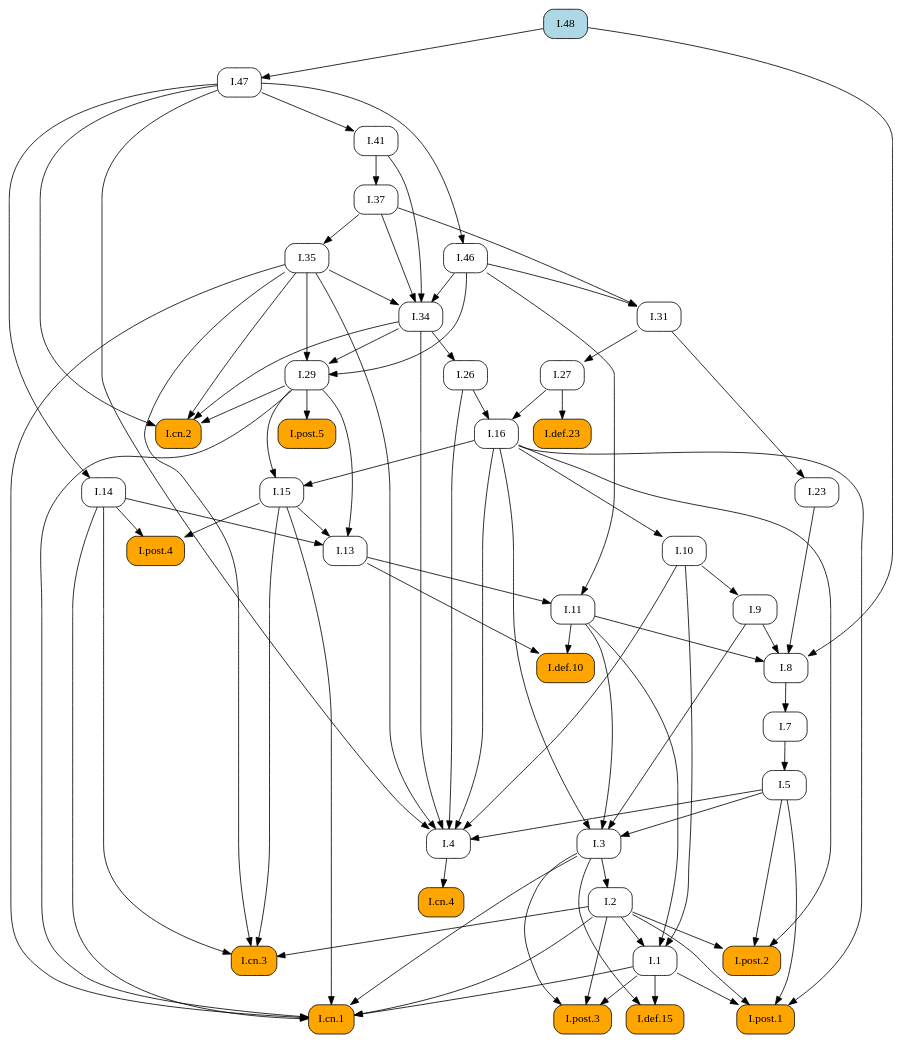
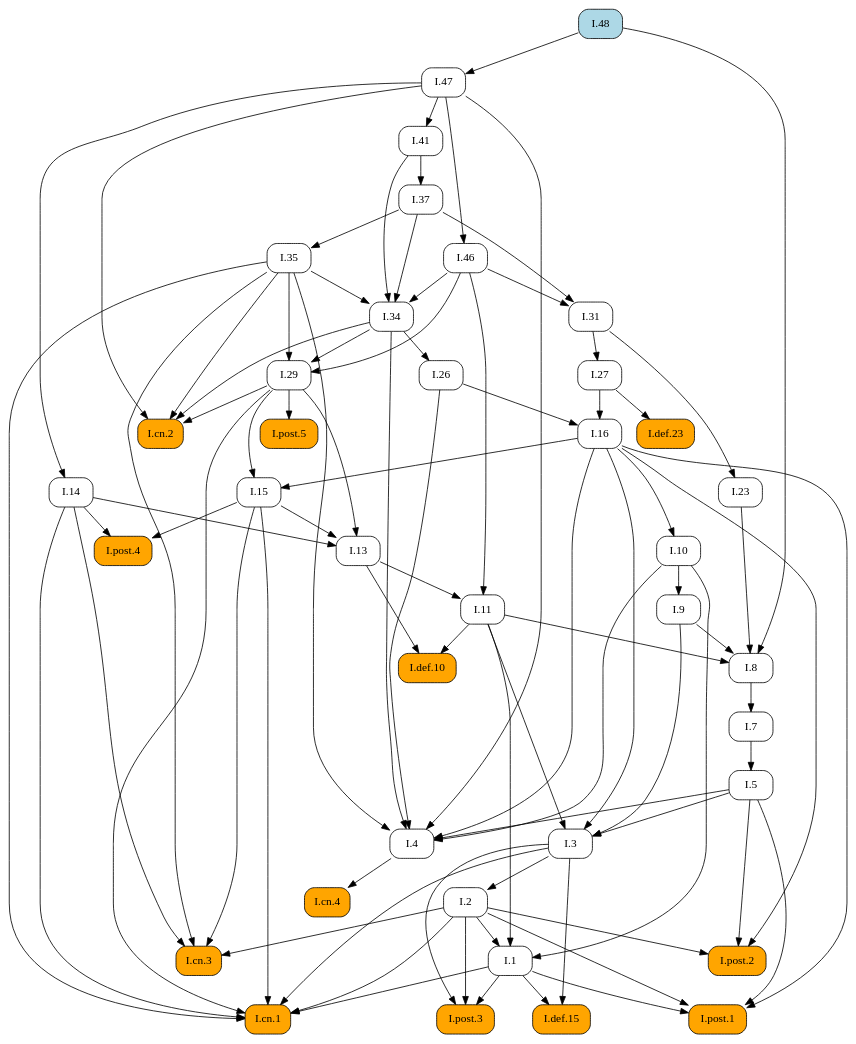
Before and after one commit to geometor/elements: the diagram in docsrc/elements2/I/48/index.rst, drawn with Graphviz. The commit also changed other lines of this file and 171 other files, not shown here.

```diff
--- a/docsrc/elements2/I/48/index.rst
+++ b/docsrc/elements2/I/48/index.rst
@@ -53,76 +53,110 @@
    digraph {
      rankdir="TB";
      node [shape=box, style=rounded];
-     "I.37" [URL="/elements2/I/37/", target="_top"];
-     "I.def.10" [style="rounded,filled", fillcolor=orange, URL="/elements2/I/def.10/", target="_top"];
+     "I.8" [URL="/elements2/I/8/", target="_top"];
      "I.46" [URL="/elements2/I/46/", target="_top"];
      "I.47" [URL="/elements2/I/47/", target="_top"];
+     "I.14" [URL="/elements2/I/14/", target="_top"];
+     "I.post.1" [style="rounded,filled", fillcolor=orange, URL="/elements2/I/post.1/", target="_top"];
+     "I.48" [style="rounded,filled", fillcolor=lightblue, URL="/elements2/I/48/", target="_top"];
+     "I.5" [URL="/elements2/I/5/", target="_top"];
+     "I.post.5" [style="rounded,filled", fillcolor=orange, URL="/elements2/I/post.5/", target="_top"];
+     "I.def.10" [style="rounded,filled", fillcolor=orange, URL="/elements2/I/def.10/", target="_top"];
+     "I.cn.2" [style="rounded,filled", fillcolor=orange, URL="/elements2/I/cn.2/", target="_top"];
+     "I.def.15" [style="rounded,filled", fillcolor=orange, URL="/elements2/I/def.15/", target="_top"];
+     "I.31" [URL="/elements2/I/31/", target="_top"];
+     "I.11" [URL="/elements2/I/11/", target="_top"];
+     "I.3" [URL="/elements2/I/3/", target="_top"];
+     "I.post.2" [style="rounded,filled", fillcolor=orange, URL="/elements2/I/post.2/", target="_top"];
+     "I.def.23" [style="rounded,filled", fillcolor=orange, URL="/elements2/I/def.23/", target="_top"];
+     "I.26" [URL="/elements2/I/26/", target="_top"];
+     "I.cn.3" [style="rounded,filled", fillcolor=orange, URL="/elements2/I/cn.3/", target="_top"];
+     "I.cn.4" [style="rounded,filled", fillcolor=orange, URL="/elements2/I/cn.4/", target="_top"];
+     "I.1" [URL="/elements2/I/1/", target="_top"];
+     "I.7" [URL="/elements2/I/7/", target="_top"];
+     "I.9" [URL="/elements2/I/9/", target="_top"];
+     "I.cn.1" [style="rounded,filled", fillcolor=orange, URL="/elements2/I/cn.1/", target="_top"];
+     "I.29" [URL="/elements2/I/29/", target="_top"];
+     "I.post.4" [style="rounded,filled", fillcolor=orange, URL="/elements2/I/post.4/", target="_top"];
+     "I.16" [URL="/elements2/I/16/", target="_top"];
+     "I.13" [URL="/elements2/I/13/", target="_top"];
+     "I.41" [URL="/elements2/I/41/", target="_top"];
+     "I.35" [URL="/elements2/I/35/", target="_top"];
+     "I.2" [URL="/elements2/I/2/", target="_top"];
+     "I.37" [URL="/elements2/I/37/", target="_top"];
+     "I.27" [URL="/elements2/I/27/", target="_top"];
+     "I.4" [URL="/elements2/I/4/", target="_top"];
+     "I.10" [URL="/elements2/I/10/", target="_top"];
+     "I.15" [URL="/elements2/I/15/", target="_top"];
      "I.34" [URL="/elements2/I/34/", target="_top"];
-     "I.cn.4" [style="rounded,filled", fillcolor=orange, URL="/elements2/I/cn.4/", target="_top"];
-     "I.def.15" [style="rounded,filled", fillcolor=orange, URL="/elements2/I/def.15/", target="_top"];
+     "I.23" [URL="/elements2/I/23/", target="_top"];
      "I.post.3" [style="rounded,filled", fillcolor=orange, URL="/elements2/I/post.3/", target="_top"];
-     "I.41" [URL="/elements2/I/41/", target="_top"];
-     "I.27" [URL="/elements2/I/27/", target="_top"];
-     "I.post.2" [style="rounded,filled", fillcolor=orange, URL="/elements2/I/post.2/", target="_top"];
-     "I.13" [URL="/elements2/I/13/", target="_top"];
-     "I.10" [URL="/elements2/I/10/", target="_top"];
-     "I.post.1" [style="rounded,filled", fillcolor=orange, URL="/elements2/I/post.1/", target="_top"];
-     "I.7" [URL="/elements2/I/7/", target="_top"];
-     "I.14" [URL="/elements2/I/14/", target="_top"];
-     "I.11" [URL="/elements2/I/11/", target="_top"];
-     "I.4" [URL="/elements2/I/4/", target="_top"];
-     "I.16" [URL="/elements2/I/16/", target="_top"];
-     "I.def.23" [style="rounded,filled", fillcolor=orange, URL="/elements2/I/def.23/", target="_top"];
-     "I.9" [URL="/elements2/I/9/", target="_top"];
-     "I.8" [URL="/elements2/I/8/", target="_top"];
-     "I.cn.2" [style="rounded,filled", fillcolor=orange, URL="/elements2/I/cn.2/", target="_top"];
-     "I.15" [URL="/elements2/I/15/", target="_top"];
-     "I.26" [URL="/elements2/I/26/", target="_top"];
-     "I.post.5" [style="rounded,filled", fillcolor=orange, URL="/elements2/I/post.5/", target="_top"];
-     "I.23" [URL="/elements2/I/23/", target="_top"];
-     "I.2" [URL="/elements2/I/2/", target="_top"];
-     "I.1" [URL="/elements2/I/1/", target="_top"];
-     "I.35" [URL="/elements2/I/35/", target="_top"];
-     "I.48" [style="rounded,filled", fillcolor=lightblue, URL="/elements2/I/48/", target="_top"];
-     "I.31" [URL="/elements2/I/31/", target="_top"];
-     "I.post.4" [style="rounded,filled", fillcolor=orange, URL="/elements2/I/post.4/", target="_top"];
-     "I.cn.1" [style="rounded,filled", fillcolor=orange, URL="/elements2/I/cn.1/", target="_top"];
-     "I.3" [URL="/elements2/I/3/", target="_top"];
-     "I.cn.3" [style="rounded,filled", fillcolor=orange, URL="/elements2/I/cn.3/", target="_top"];
-     "I.29" [URL="/elements2/I/29/", target="_top"];
-     "I.5" [URL="/elements2/I/5/", target="_top"];
-     "I.41" -> "I.37";
-     "I.11" -> "I.def.10";
-     "I.13" -> "I.def.10";
+     "I.9" -> "I.8";
+     "I.11" -> "I.8";
+     "I.23" -> "I.8";
+     "I.48" -> "I.8";
      "I.47" -> "I.46";
      "I.48" -> "I.47";
-     "I.35" -> "I.34";
-     "I.37" -> "I.34";
-     "I.41" -> "I.34";
-     "I.46" -> "I.34";
-     "I.4" -> "I.cn.4";
-     "I.1" -> "I.def.15";
-     "I.3" -> "I.def.15";
-     "I.1" -> "I.post.3";
-     "I.2" -> "I.post.3";
-     "I.3" -> "I.post.3";
-     "I.47" -> "I.41";
-     "I.31" -> "I.27";
-     "I.2" -> "I.post.2";
-     "I.5" -> "I.post.2";
-     "I.16" -> "I.post.2";
-     "I.14" -> "I.13";
-     "I.15" -> "I.13";
-     "I.29" -> "I.13";
-     "I.16" -> "I.10";
+     "I.47" -> "I.14";
      "I.1" -> "I.post.1";
      "I.2" -> "I.post.1";
      "I.5" -> "I.post.1";
      "I.16" -> "I.post.1";
-     "I.8" -> "I.7";
-     "I.47" -> "I.14";
+     "I.7" -> "I.5";
+     "I.29" -> "I.post.5";
+     "I.11" -> "I.def.10";
+     "I.13" -> "I.def.10";
+     "I.29" -> "I.cn.2";
+     "I.34" -> "I.cn.2";
+     "I.35" -> "I.cn.2";
+     "I.47" -> "I.cn.2";
+     "I.1" -> "I.def.15";
+     "I.3" -> "I.def.15";
+     "I.37" -> "I.31";
+     "I.46" -> "I.31";
      "I.13" -> "I.11";
      "I.46" -> "I.11";
+     "I.5" -> "I.3";
+     "I.9" -> "I.3";
+     "I.11" -> "I.3";
+     "I.16" -> "I.3";
+     "I.2" -> "I.post.2";
+     "I.5" -> "I.post.2";
+     "I.16" -> "I.post.2";
+     "I.27" -> "I.def.23";
+     "I.34" -> "I.26";
+     "I.2" -> "I.cn.3";
+     "I.14" -> "I.cn.3";
+     "I.15" -> "I.cn.3";
+     "I.35" -> "I.cn.3";
+     "I.4" -> "I.cn.4";
+     "I.2" -> "I.1";
+     "I.10" -> "I.1";
+     "I.11" -> "I.1";
+     "I.8" -> "I.7";
+     "I.10" -> "I.9";
+     "I.1" -> "I.cn.1";
+     "I.2" -> "I.cn.1";
+     "I.3" -> "I.cn.1";
+     "I.14" -> "I.cn.1";
+     "I.15" -> "I.cn.1";
+     "I.29" -> "I.cn.1";
+     "I.35" -> "I.cn.1";
+     "I.34" -> "I.29";
+     "I.35" -> "I.29";
+     "I.46" -> "I.29";
+     "I.14" -> "I.post.4";
+     "I.15" -> "I.post.4";
+     "I.26" -> "I.16";
+     "I.27" -> "I.16";
+     "I.14" -> "I.13";
+     "I.15" -> "I.13";
+     "I.29" -> "I.13";
+     "I.47" -> "I.41";
+     "I.37" -> "I.35";
+     "I.3" -> "I.2";
+     "I.41" -> "I.37";
+     "I.31" -> "I.27";
      "I.5" -> "I.4";
      "I.10" -> "I.4";
      "I.16" -> "I.4";
@@ -130,49 +164,15 @@
      "I.34" -> "I.4";
      "I.35" -> "I.4";
      "I.47" -> "I.4";
-     "I.26" -> "I.16";
-     "I.27" -> "I.16";
-     "I.27" -> "I.def.23";
-     "I.10" -> "I.9";
-     "I.9" -> "I.8";
-     "I.11" -> "I.8";
-     "I.23" -> "I.8";
-     "I.48" -> "I.8";
-     "I.29" -> "I.cn.2";
-     "I.34" -> "I.cn.2";
-     "I.35" -> "I.cn.2";
-     "I.47" -> "I.cn.2";
+     "I.16" -> "I.10";
      "I.16" -> "I.15";
      "I.29" -> "I.15";
-     "I.34" -> "I.26";
-     "I.29" -> "I.post.5";
+     "I.35" -> "I.34";
+     "I.37" -> "I.34";
+     "I.41" -> "I.34";
+     "I.46" -> "I.34";
      "I.31" -> "I.23";
-     "I.3" -> "I.2";
-     "I.2" -> "I.1";
-     "I.10" -> "I.1";
-     "I.11" -> "I.1";
-     "I.37" -> "I.35";
-     "I.37" -> "I.31";
-     "I.46" -> "I.31";
-     "I.14" -> "I.post.4";
-     "I.15" -> "I.post.4";
-     "I.1" -> "I.cn.1";
-     "I.2" -> "I.cn.1";
-     "I.3" -> "I.cn.1";
-     "I.14" -> "I.cn.1";
-     "I.15" -> "I.cn.1";
-     "I.29" -> "I.cn.1";
-     "I.35" -> "I.cn.1";
-     "I.5" -> "I.3";
-     "I.9" -> "I.3";
-     "I.11" -> "I.3";
-     "I.16" -> "I.3";
-     "I.2" -> "I.cn.3";
-     "I.14" -> "I.cn.3";
-     "I.15" -> "I.cn.3";
-     "I.35" -> "I.cn.3";
-     "I.34" -> "I.29";
-     "I.35" -> "I.29";
-     "I.46" -> "I.29";
-     "I.7" -> "I.5";
+     "I.1" -> "I.post.3";
+     "I.2" -> "I.post.3";
+     "I.3" -> "I.post.3";
    }
```
